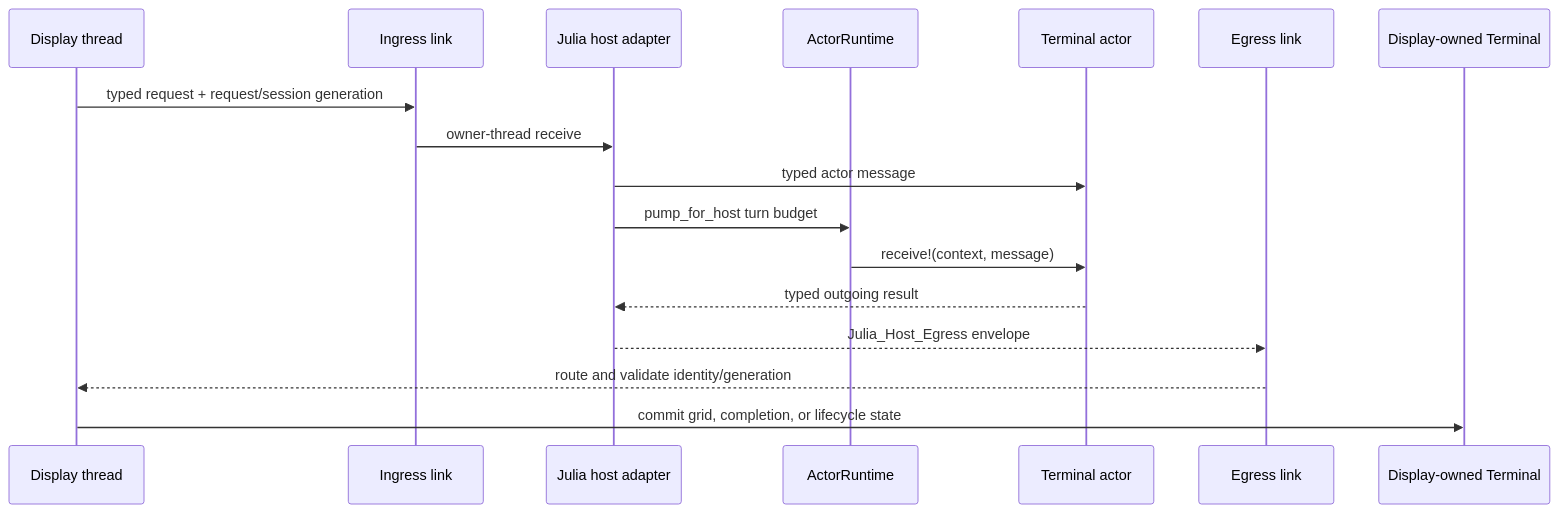
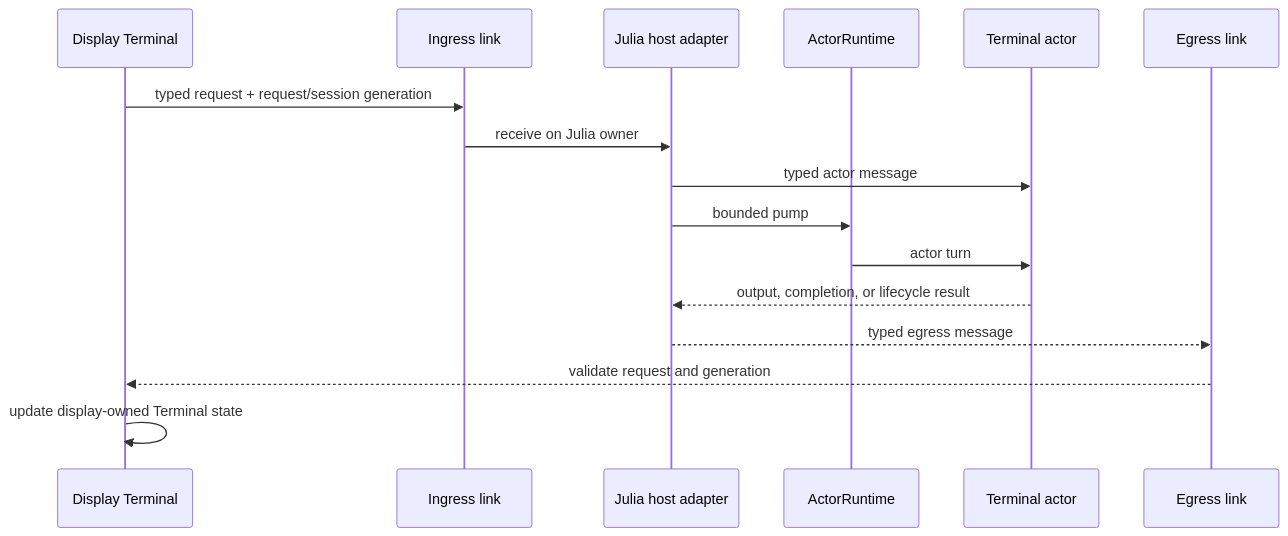
One commit to derekshoneycutt/Euclid changed the sixth of 6 diagrams in docs/wiki/Guides/JuliaThreadArchitecture.md. Above: the diagram before and after it, drawn with Mermaid. The commit also changed other lines of this file and 11 other files, not shown here.

````diff
--- a/docs/wiki/Guides/JuliaThreadArchitecture.md
+++ b/docs/wiki/Guides/JuliaThreadArchitecture.md
@@ -458,20 +346,19 @@
 ```mermaid
 sequenceDiagram
-  participant D as Display thread
-  participant L as Ingress link
-  participant H as Julia host adapter
-  participant R as ActorRuntime
-  participant A as Terminal actor
-  participant E as Egress link
-  participant T as Display-owned Terminal
+    participant D as Display Terminal
+    participant I as Ingress link
+    participant H as Julia host adapter
+    participant R as ActorRuntime
+    participant A as Terminal actor
+    participant E as Egress link
 
-  D->>L: typed request + request/session generation
-  L->>H: owner-thread receive
-  H->>A: typed actor message
-  H->>R: pump_for_host turn budget
-  R->>A: receive!(context, message)
-  A-->>H: typed outgoing result
-  H-->>E: Julia_Host_Egress envelope
-  E-->>D: route and validate identity/generation
-  D->>T: commit grid, completion, or lifecycle state
+    D->>I: typed request + request/session generation
+    I->>H: receive on Julia owner
+    H->>A: typed actor message
+    H->>R: bounded pump
+    R->>A: actor turn
+    A-->>H: output, completion, or lifecycle result
+    H-->>E: typed egress message
+    E-->>D: validate request and generation
+    D->>D: update display-owned Terminal state
 ```
````
